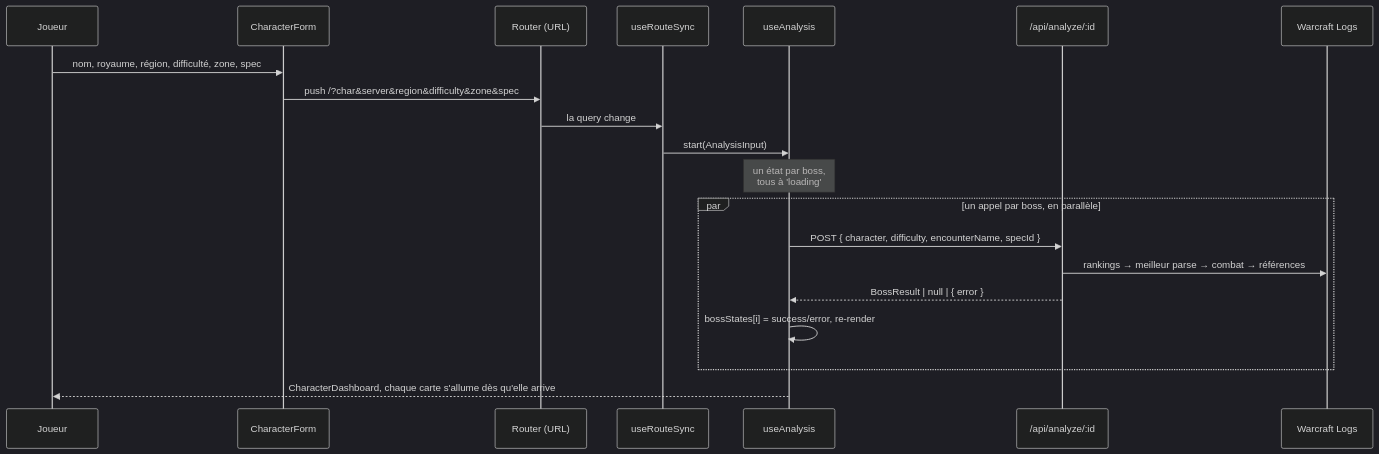
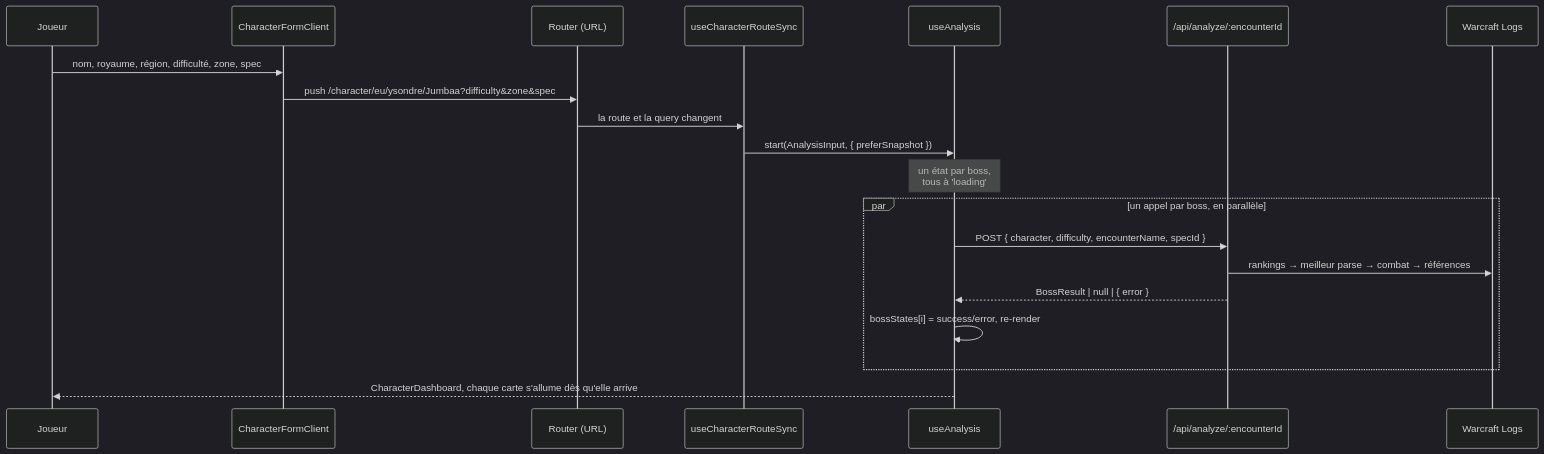
The second of 4 diagrams in docs/02-ui-flows.md (lafonth/LogLense), drawn with Mermaid (dark theme) before and after one commit. The commit also changed other lines of this file and 39 other files, not shown here.

````diff
--- a/docs/02-ui-flows.md
+++ b/docs/02-ui-flows.md
@@ -38,23 +80,23 @@
 ```mermaid
 sequenceDiagram
     participant U as Joueur
-    participant F as CharacterForm
+    participant F as CharacterFormClient
     participant R as Router (URL)
-    participant S as useRouteSync
+    participant S as useCharacterRouteSync
     participant A as useAnalysis
-    participant API as /api/analyze/:id
+    participant API as /api/analyze/:encounterId
     participant W as Warcraft Logs
 
     U->>F: nom, royaume, région, difficulté, zone, spec
-    F->>R: push /?char&server&region&difficulty&zone&spec
-    R->>S: la query change
-    S->>A: start(AnalysisInput)
+    F->>R: push /character/eu/ysondre/Jumbaa?difficulty&zone&spec
+    R->>S: la route et la query changent
+    S->>A: start(AnalysisInput, { preferSnapshot })
     Note over A: un état par boss,<br/>tous à 'loading'
     par un appel par boss, en parallèle
         A->>API: POST { character, difficulty, encounterName, specId }
         API->>W: rankings → meilleur parse → combat → références
         API-->>A: BossResult | null | { error }
         A->>A: bossStates[i] = success/error, re-render
     end
     A-->>U: CharacterDashboard, chaque carte s'allume dès qu'elle arrive
 ```
````
